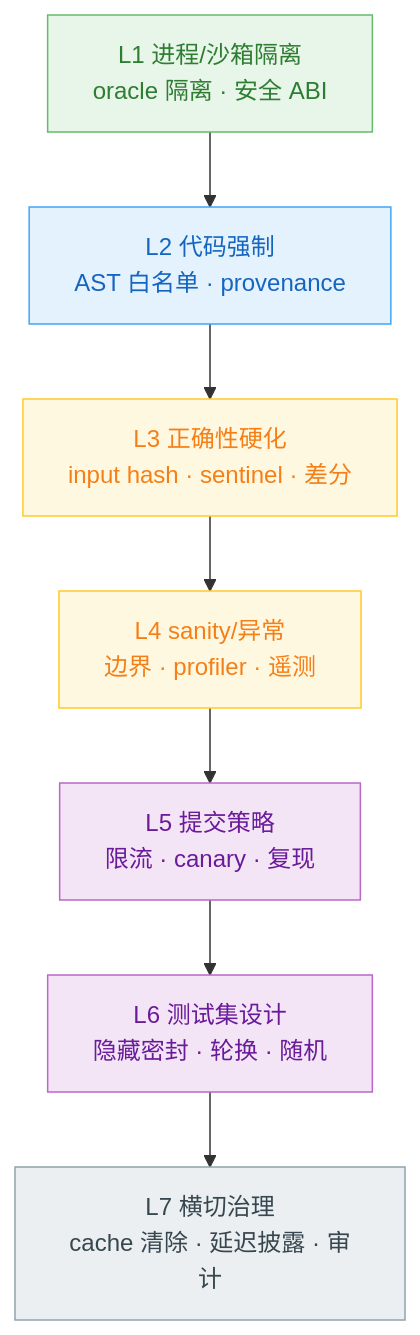
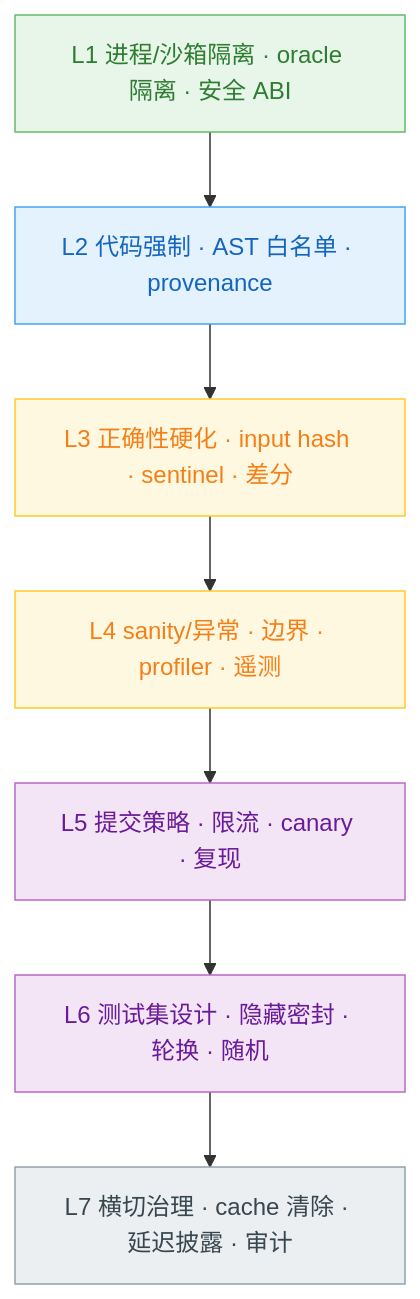
The ninth of 10 diagrams in docs/DESIGN.md (Gxj230958/TritonAscendBench), drawn with Mermaid before and after one commit. The commit also changed other lines of this file and 11 other files, not shown here.

First line of the commit message:
docs: finalize two-objective Roofline design spec and architecture docs

````diff
--- a/docs/DESIGN.md
+++ b/docs/DESIGN.md
@@ -589,21 +597,21 @@
 ```mermaid
 flowchart TB
-    L1["L1 进程/沙箱隔离<br/>oracle 隔离 · 安全 ABI"]
-    L2["L2 代码强制<br/>AST 白名单 · provenance"]
-    L3["L3 正确性硬化<br/>input hash · sentinel · 差分"]
-    L4["L4 sanity/异常<br/>边界 · profiler · 遥测"]
-    L5["L5 提交策略<br/>限流 · canary · 复现"]
-    L6["L6 测试集设计<br/>隐藏密封 · 轮换 · 随机"]
-    L7["L7 横切治理<br/>cache 清除 · 延迟披露 · 审计"]
+    L1["L1 进程/沙箱隔离 · oracle 隔离 · 安全 ABI"]
+    L2["L2 代码强制 · AST 白名单 · provenance"]
+    L3["L3 正确性硬化 · input hash · sentinel · 差分"]
+    L4["L4 sanity/异常 · 边界 · profiler · 遥测"]
+    L5["L5 提交策略 · 限流 · canary · 复现"]
+    L6["L6 测试集设计 · 隐藏密封 · 轮换 · 随机"]
+    L7["L7 横切治理 · cache 清除 · 延迟披露 · 审计"]
     L1 --> L2 --> L3 --> L4 --> L5 --> L6 --> L7
-    classDef isolation fill:#E8F5E9,stroke:#66BB6A,color:#2E7D32;
-    classDef code fill:#E3F2FD,stroke:#42A5F5,color:#1565C0;
-    classDef data fill:#FFF8E1,stroke:#FFCA28,color:#F57F17;
-    classDef policy fill:#F3E5F5,stroke:#BA68C8,color:#6A1B9A;
-    classDef audit fill:#ECEFF1,stroke:#90A4AE,color:#37474F;
-    class L1 isolation;
-    class L2 code;
-    class L3,L4 data;
-    class L5,L6 policy;
-    class L7 audit;
+    classDef a fill:#E8F5E9,stroke:#66BB6A,color:#2E7D32;
+    classDef b fill:#E3F2FD,stroke:#42A5F5,color:#1565C0;
+    classDef c fill:#FFF8E1,stroke:#FFCA28,color:#F57F17;
+    classDef d fill:#F3E5F5,stroke:#BA68C8,color:#6A1B9A;
+    classDef e fill:#ECEFF1,stroke:#90A4AE,color:#37474F;
+    class L1 a;
+    class L2 b;
+    class L3,L4 c;
+    class L5,L6 d;
+    class L7 e;
 ```
````
